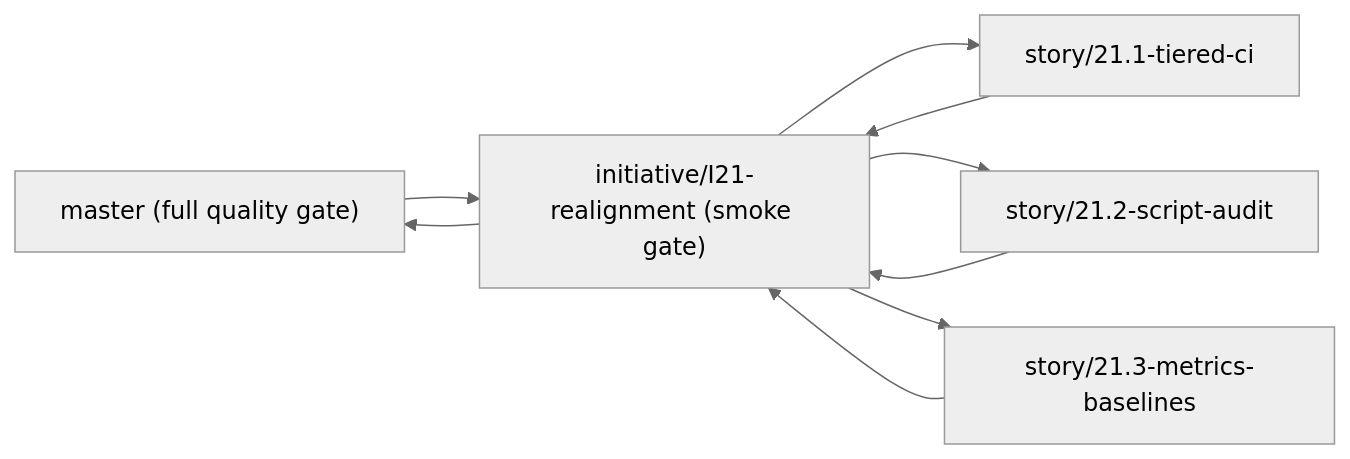
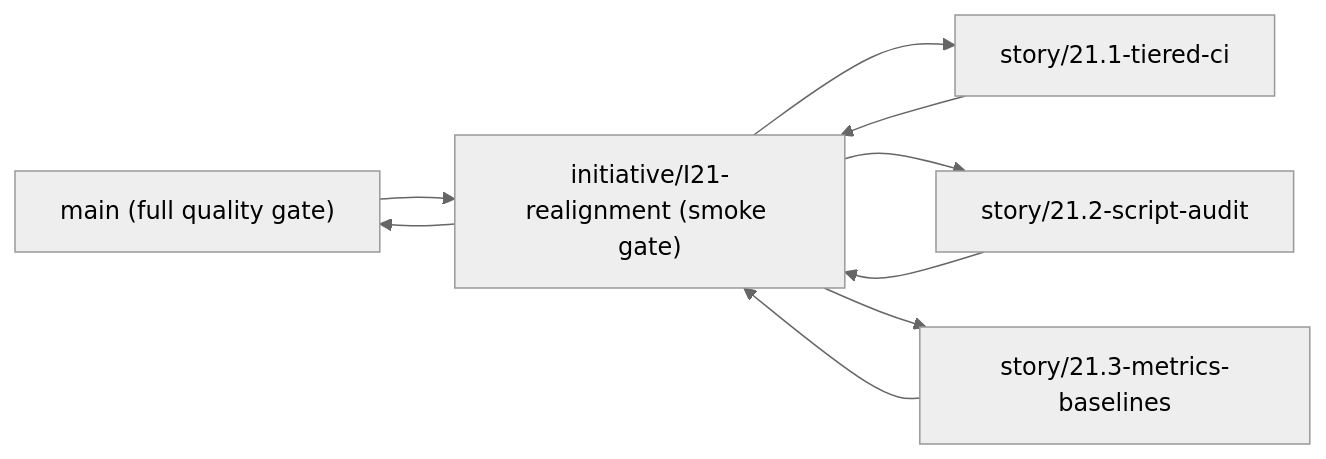
Before and after one commit to tsieb/dndtools: the diagram in docs/development/GIT_WORKFLOW.md, drawn with Mermaid (neutral theme). The commit also changed other lines of this file and 8 other files, not shown here.

First line of the commit message:
chore(branch): rename primary branch master -> main

````diff
--- a/docs/development/GIT_WORKFLOW.md
+++ b/docs/development/GIT_WORKFLOW.md
@@ -49,17 +49,17 @@
 ```mermaid
 flowchart LR
-  master["master (full quality gate)"]
+  main["main (full quality gate)"]
   initiative["initiative/I21-realignment (smoke gate)"]
   epic1["story/21.1-tiered-ci"]
   epic2["story/21.2-script-audit"]
   epic3["story/21.3-metrics-baselines"]
 
-  master --> initiative
+  main --> initiative
   initiative --> epic1
   initiative --> epic2
   initiative --> epic3
   epic1 --> initiative
   epic2 --> initiative
   epic3 --> initiative
-  initiative --> master
+  initiative --> main
 ```
````
